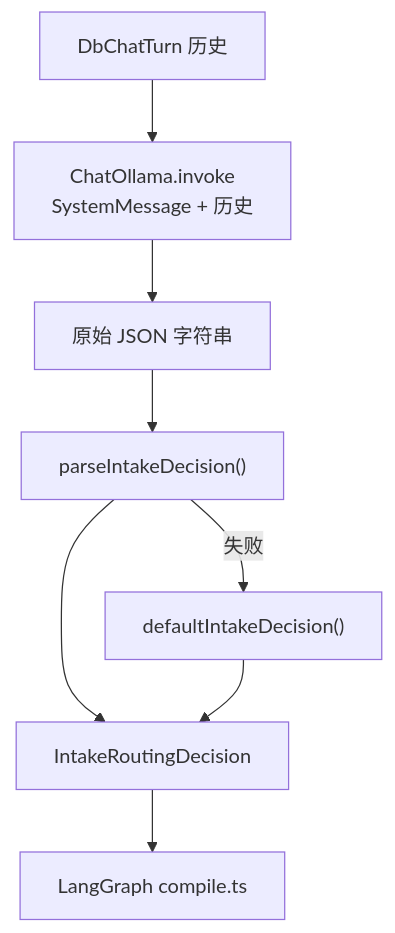
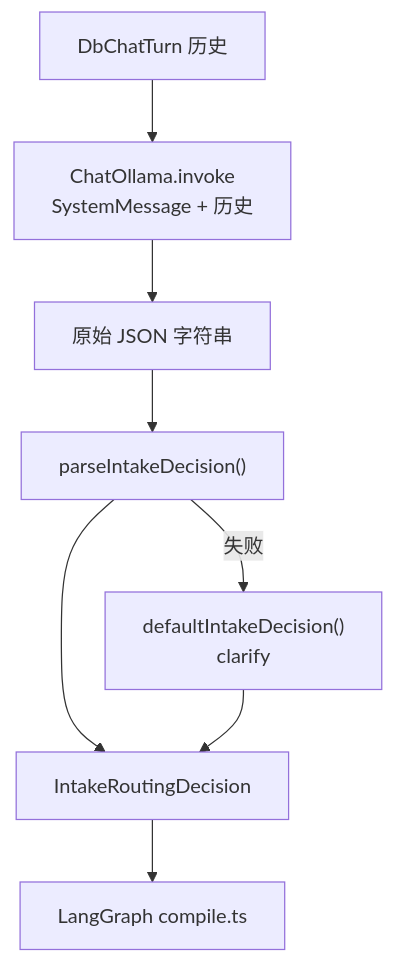
One commit to panzhanfei/fambrain-agents changed the fourth of 13 diagrams in docs/02-agent-flows.md. Above: the diagram before and after it, drawn with Mermaid. The commit also changed other lines of this file and 43 other files, not shown here.

````diff
--- a/docs/02-agent-flows.md
+++ b/docs/02-agent-flows.md
@@ -209,10 +209,10 @@
 ```mermaid
 flowchart TD
   H[DbChatTurn 历史] --> LLM["ChatOllama.invoke<br/>SystemMessage + 历史"]
   LLM --> RAW[原始 JSON 字符串]
   RAW --> PARSE["parseIntakeDecision()"]
-  PARSE -->|失败| DEF["defaultIntakeDecision()"]
+  PARSE -->|失败| DEF["defaultIntakeDecision()<br/>clarify"]
   PARSE --> OK[IntakeRoutingDecision]
   DEF --> OK
   OK --> PIPE["LangGraph compile.ts"]
 ```
````
